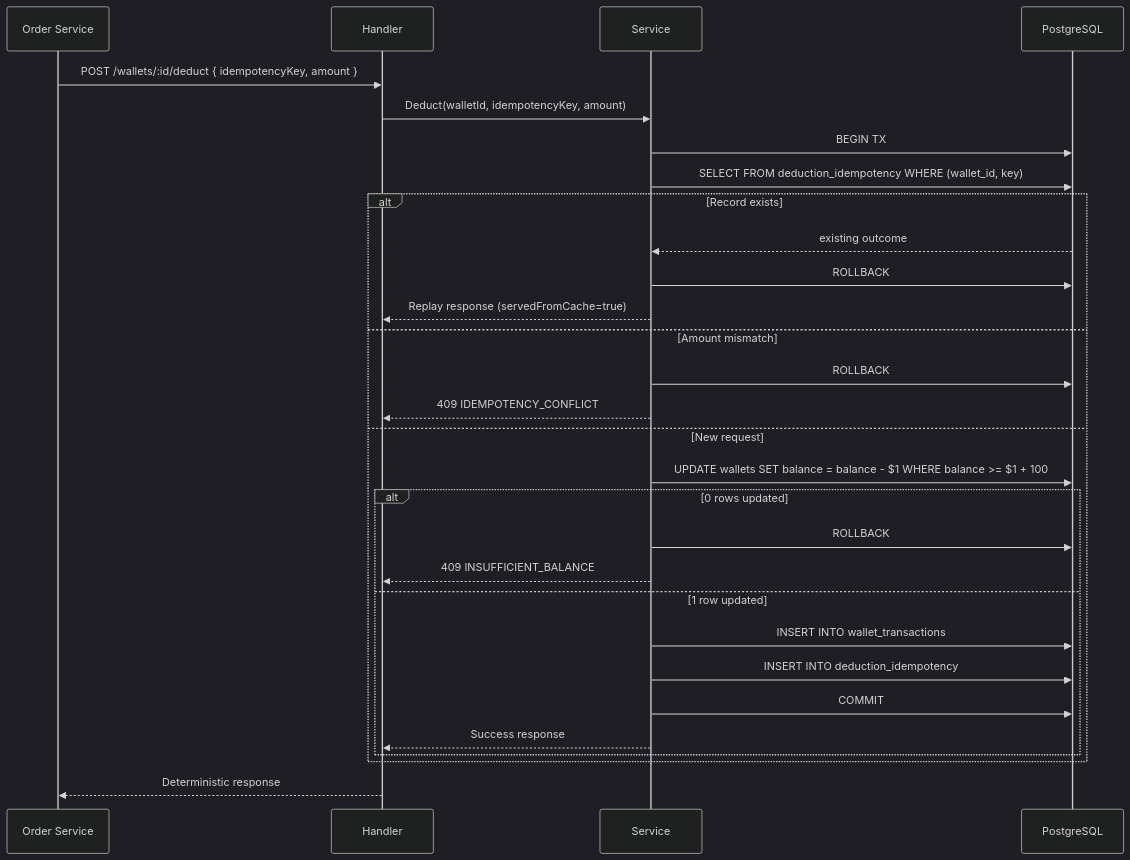
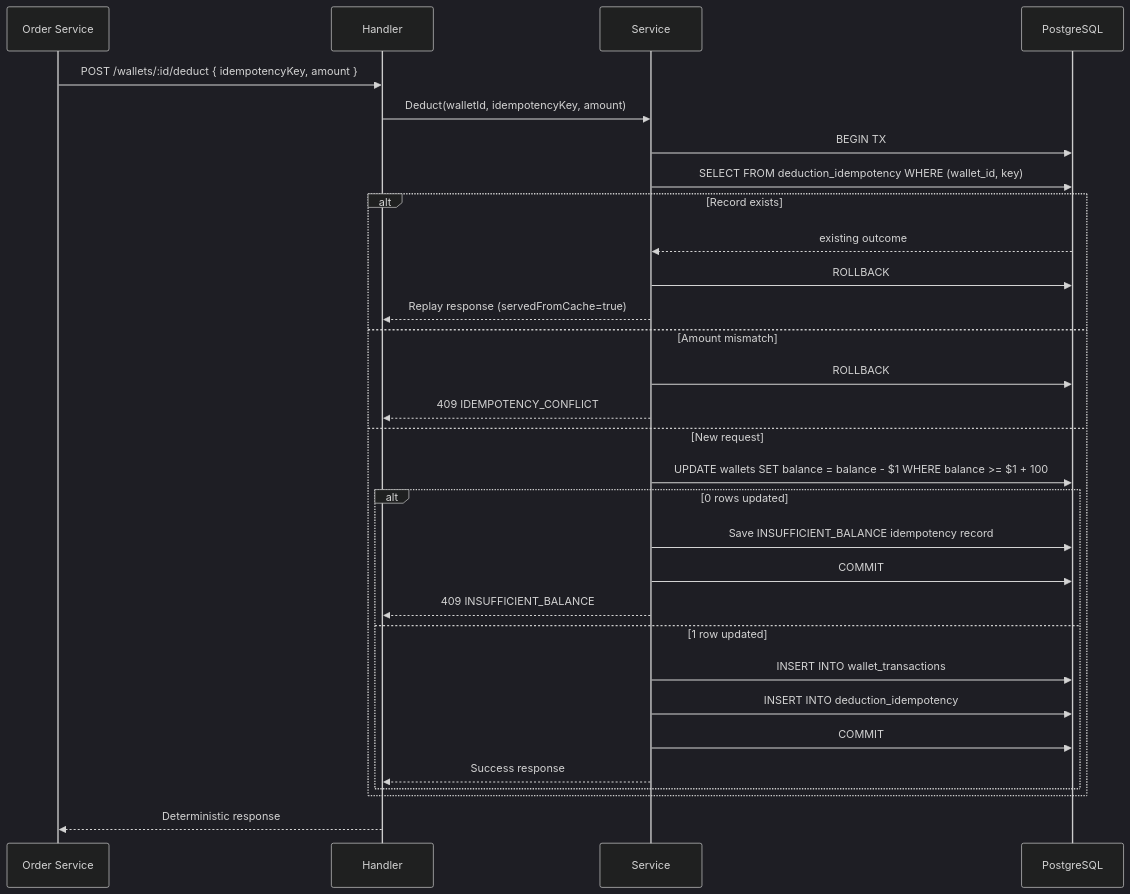
Before and after one commit to Saurabhgarg19/wallet-service: the seventh of 8 diagrams in docs/HLD.md, drawn with Mermaid (dark theme). The commit also changed other lines of this file and 2 other files, not shown here.

````diff
--- a/docs/HLD.md
+++ b/docs/HLD.md
@@ -276,32 +284,33 @@
 ```mermaid
 sequenceDiagram
     participant OrderSvc as Order Service
     participant Handler
     participant Service
     participant DB as PostgreSQL
 
     OrderSvc->>Handler: POST /wallets/:id/deduct { idempotencyKey, amount }
     Handler->>Service: Deduct(walletId, idempotencyKey, amount)
     Service->>DB: BEGIN TX
     Service->>DB: SELECT FROM deduction_idempotency WHERE (wallet_id, key)
     alt Record exists
         DB-->>Service: existing outcome
         Service->>DB: ROLLBACK
         Service-->>Handler: Replay response (servedFromCache=true)
     else Amount mismatch
         Service->>DB: ROLLBACK
         Service-->>Handler: 409 IDEMPOTENCY_CONFLICT
     else New request
         Service->>DB: UPDATE wallets SET balance = balance - $1 WHERE balance >= $1 + 100
         alt 0 rows updated
-            Service->>DB: ROLLBACK
+            Service->>DB: Save INSUFFICIENT_BALANCE idempotency record
+            Service->>DB: COMMIT
             Service-->>Handler: 409 INSUFFICIENT_BALANCE
         else 1 row updated
             Service->>DB: INSERT INTO wallet_transactions
             Service->>DB: INSERT INTO deduction_idempotency
             Service->>DB: COMMIT
             Service-->>Handler: Success response
         end
     end
     Handler-->>OrderSvc: Deterministic response
 ```
````
